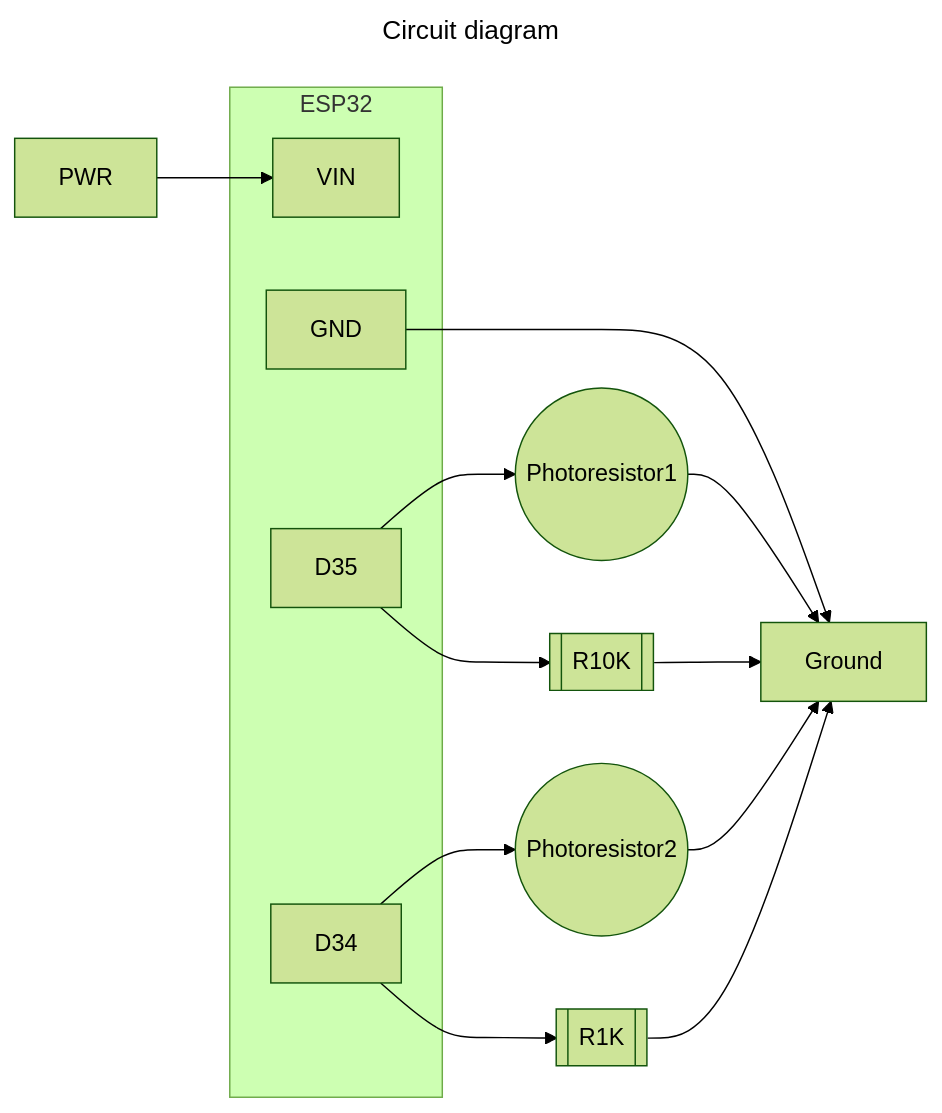
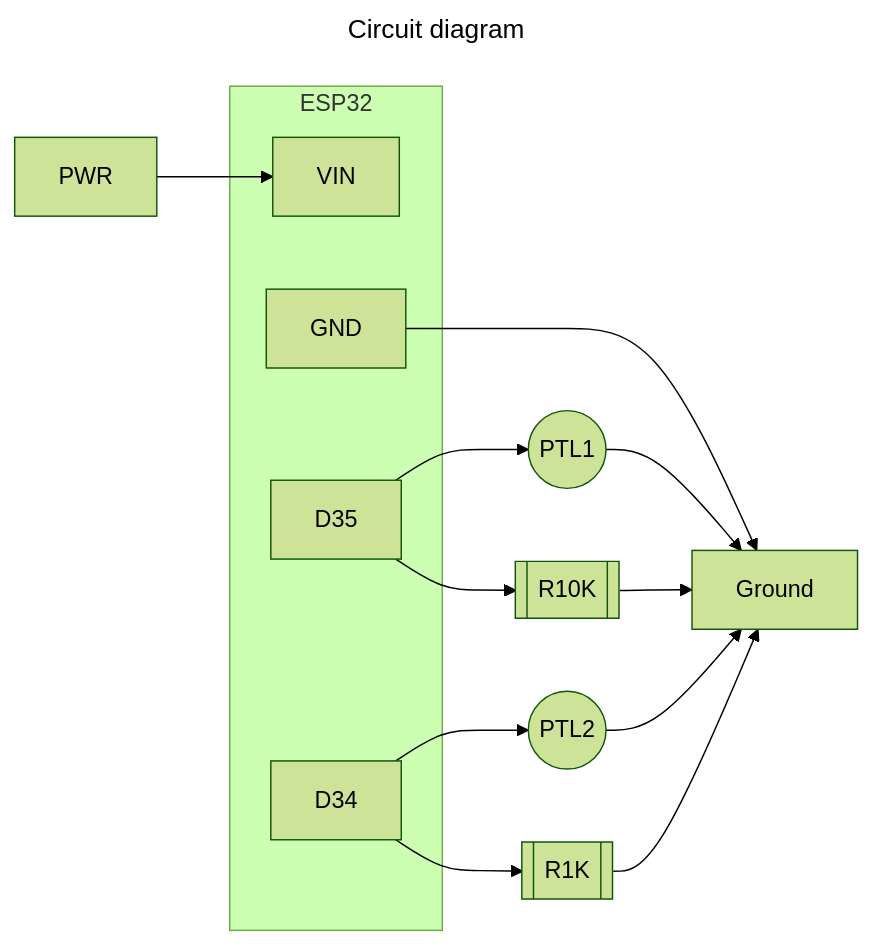
Before and after one commit to ddwheele/esp32-home-projects: the diagram in PhotoresisterServer/README.md, drawn with Mermaid (forest theme). The commit also changed other lines of this file, not shown here.

Commit message:
updating diagram

````diff
--- a/PhotoresisterServer/README.md
+++ b/PhotoresisterServer/README.md
@@ -3,23 +5,23 @@
 ```mermaid
 ---
 title: Circuit diagram
 ---
 
 graph LR
 	subgraph ESP32
 	VIN
 	GND
 	D35
 	D34
 	end
 	PWR-->VIN
 	GND-->Ground
-	P1((Photoresistor1))
-	P2((Photoresistor2))
+	P1((PTL1))
+	P2((PTL2))
 	R10[[R10K]]
 	R1[[R1K]]
 	D35-->P1-->Ground
 	D35-->R10-->Ground
 	D34-->P2-->Ground
 	D34-->R1-->Ground
 ```
````
